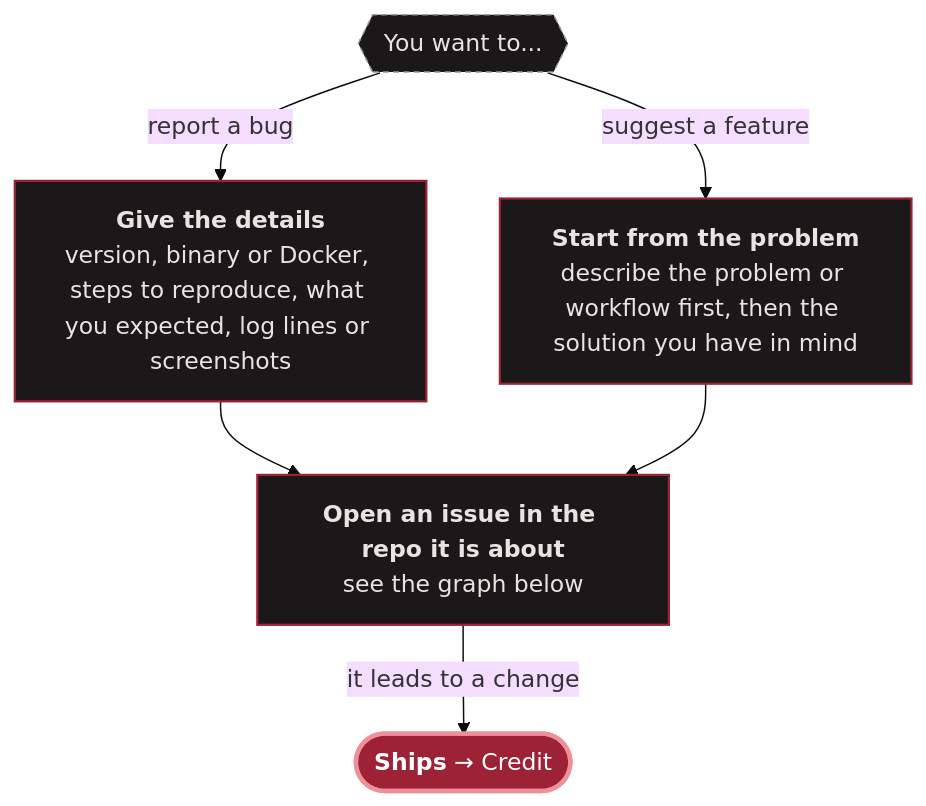
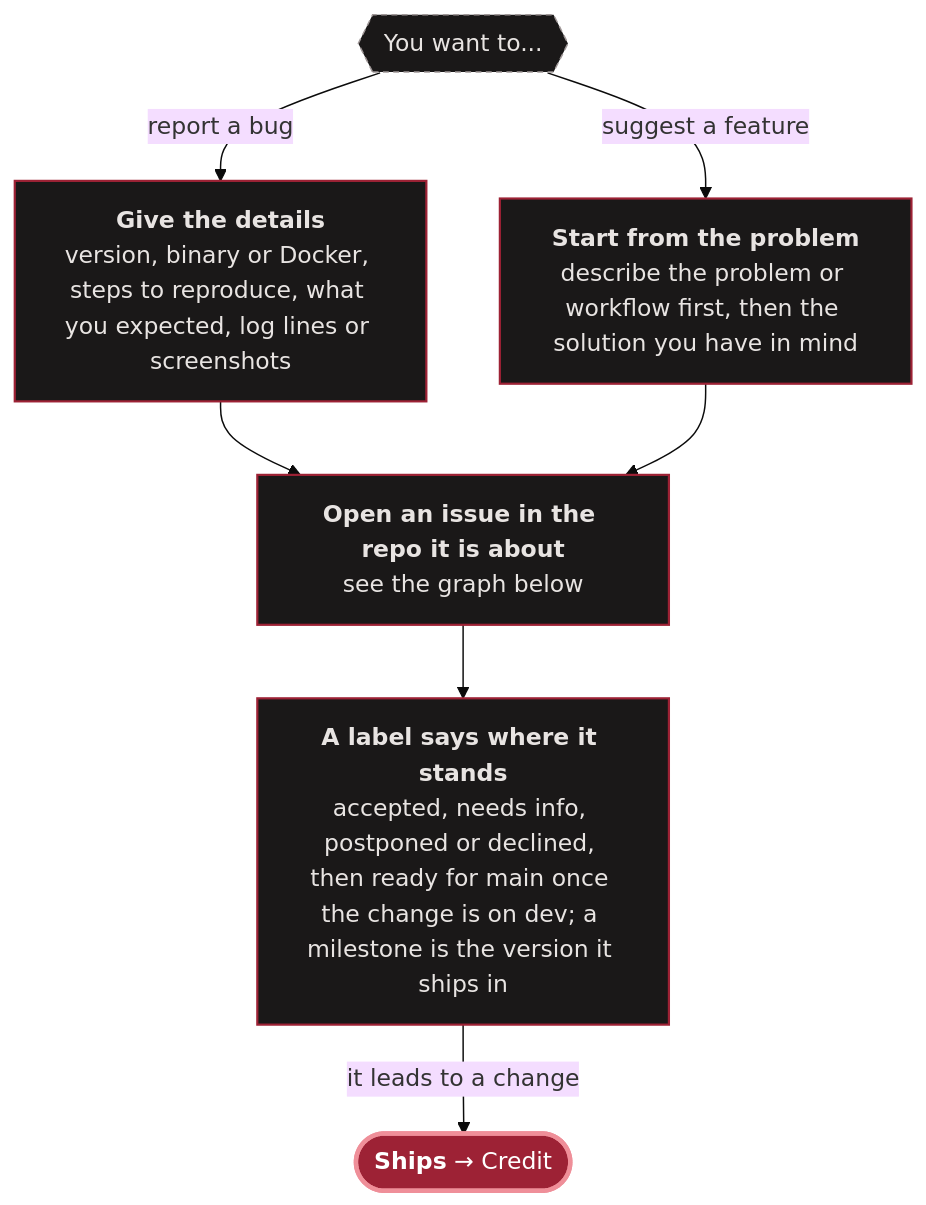
Before and after one commit to monbooru/monbooru: the second of 8 diagrams in CONTRIBUTING.md, drawn with Mermaid (base theme). The commit also changed other lines of this file and 127 other files, not shown here.

````diff
--- a/CONTRIBUTING.md
+++ b/CONTRIBUTING.md
@@ -65,27 +65,29 @@
 ```mermaid
 ---
 config:
   layout: dagre
   flowchart:
     wrappingWidth: 220
 ---
 flowchart TD
     want{{"You want to..."}}
     want -->|"report a bug"| bug["`**Give the details**
     version, binary or Docker, steps to reproduce, what you expected, log lines or screenshots`"]
     want -->|"suggest a feature"| idea["`**Start from the problem**
     describe the problem or workflow first, then the solution you have in mind`"]
     bug & idea --> issue["`**Open an issue in the repo it is about**
     see the graph below`"]
-    issue -->|"it leads to a change"| ship(["`**Ships** → Credit`"])
+    issue --> state["`**A label says where it stands**
+    accepted, needs info, postponed or declined, then ready for main once the change is on dev; a milestone is the version it ships in`"]
+    state -->|"it leads to a change"| ship(["`**Ships** → Credit`"])
 
     class ship hub;
-    class bug,idea,issue step;
+    class bug,idea,issue,state step;
     class want ask;
 
     classDef hub  fill:#9d2235,stroke:#ef8f99,stroke-width:3px,color:#ffffff;
     classDef case fill:#3a161c,stroke:#ef8f99,stroke-width:1.5px,color:#ffffff;
     classDef step fill:#1a1818,stroke:#9d2235,stroke-width:1.5px,color:#e8e4e2;
     classDef ask  fill:#1a1818,stroke:#a09898,stroke-width:1px,stroke-dasharray:4 3,color:#e8e4e2;
     classDef repo fill:#1a1818,stroke:#a09898,stroke-width:1px,color:#a09898;
 ```
````
